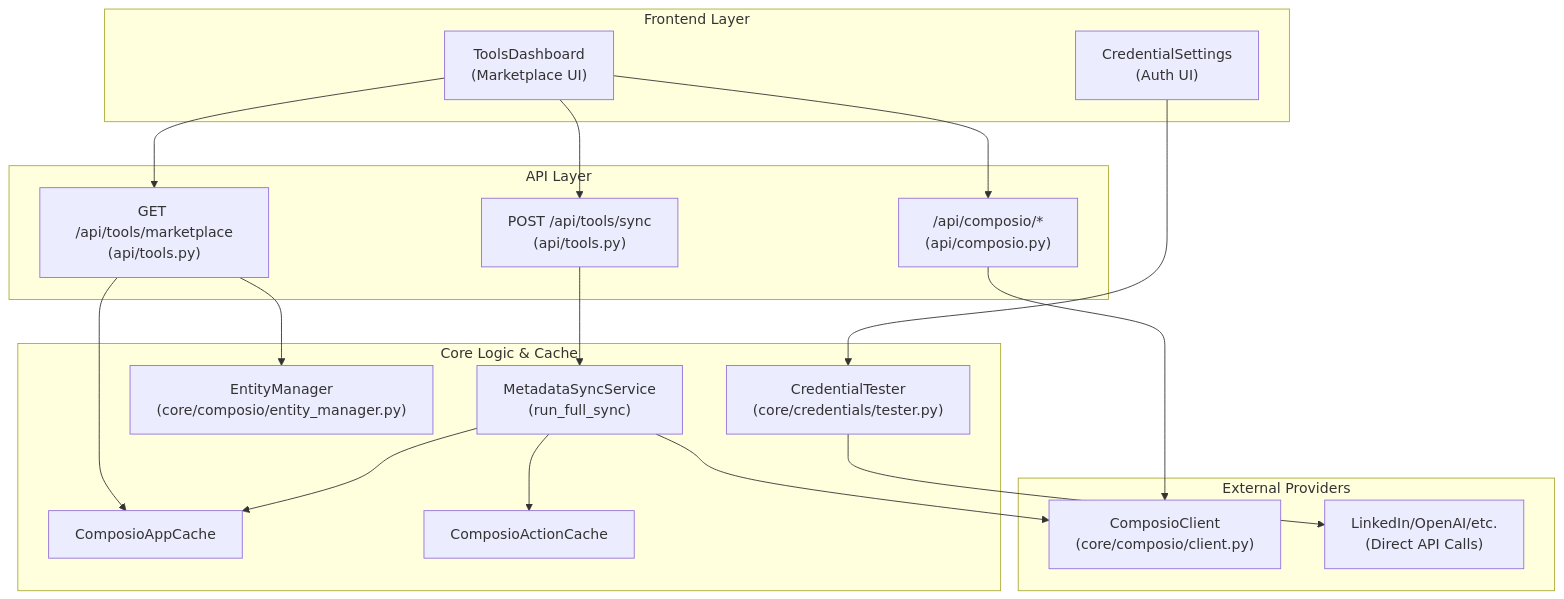
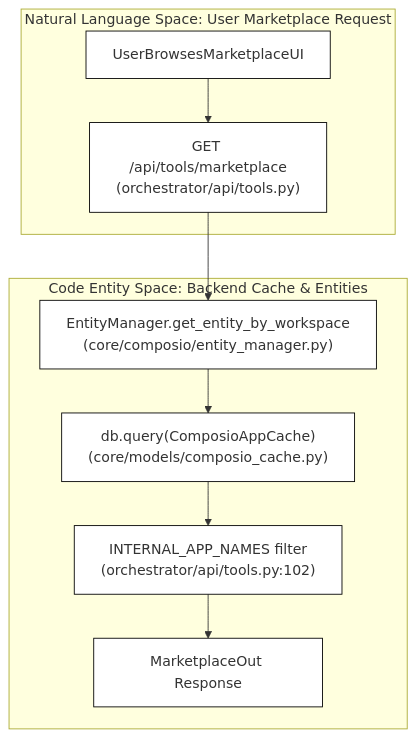
The first of 2 diagrams in docs/tools-integrations/tools-api-reference.md (AutomatosAI/automatos-ai), drawn with Mermaid before and after one commit. The commit also changed other lines of this file and 191 other files, not shown here.

````diff
--- a/docs/tools-integrations/tools-api-reference.md
+++ b/docs/tools-integrations/tools-api-reference.md
@@ -54,41 +54,15 @@
 ```mermaid
 graph TB
-    subgraph "Frontend Layer"
-        UI["ToolsDashboard<br/>(Marketplace UI)"]
-        CredUI["CredentialSettings<br/>(Auth UI)"]
+    subgraph "Natural Language Space: User Marketplace Request"
+        ClientReq["UserBrowsesMarketplaceUI"] --> ApiRoute["GET /api/tools/marketplace<br/>(orchestrator/api/tools.py)"]
     end
     
-    subgraph "API Layer"
-        MktEP["GET /api/tools/marketplace<br/>(api/tools.py)"]
-        SyncEP["POST /api/tools/sync<br/>(api/tools.py)"]
-        CompEP["/api/composio/*<br/>(api/composio.py)"]
-    end
-    
-    subgraph "Core Logic & Cache"
-        MSS["MetadataSyncService<br/>(run_full_sync)"]
-        AppCache["ComposioAppCache"]
-        ActionCache["ComposioActionCache"]
-        EM["EntityManager<br/>(core/composio/entity_manager.py)"]
-        CT["CredentialTester<br/>(core/credentials/tester.py)"]
-    end
-    
-    subgraph "External Providers"
-        CompSDK["ComposioClient<br/>(core/composio/client.py)"]
-        DirectAPI["LinkedIn/OpenAI/etc.<br/>(Direct API Calls)"]
+    subgraph "Code Entity Space: Backend Cache & Entities"
+        ApiRoute --> EntityManagerCall["EntityManager.get_entity_by_workspace<br/>(core/composio/entity_manager.py)"]
+        EntityManagerCall --> DbQuery["db.query(ComposioAppCache)<br/>(core/models/composio_cache.py)"]
+        DbQuery --> FilterInternal["INTERNAL_APP_NAMES filter<br/>(orchestrator/api/tools.py:102)"]
+        FilterInternal --> ReturnJson["MarketplaceOut Response"]
     end
 
-    UI --> MktEP
-    MktEP --> AppCache
-    MktEP --> EM
-    UI --> SyncEP
-    SyncEP --> MSS
-    MSS --> CompSDK
-    MSS --> AppCache
-    MSS --> ActionCache
-    
-    UI --> CompEP
-    CompEP --> CompSDK
-    
-    CredUI --> CT
-    CT --> DirectAPI
+    classDef default fill:#fff,stroke:#000,stroke-width:1px;
 ```
````
